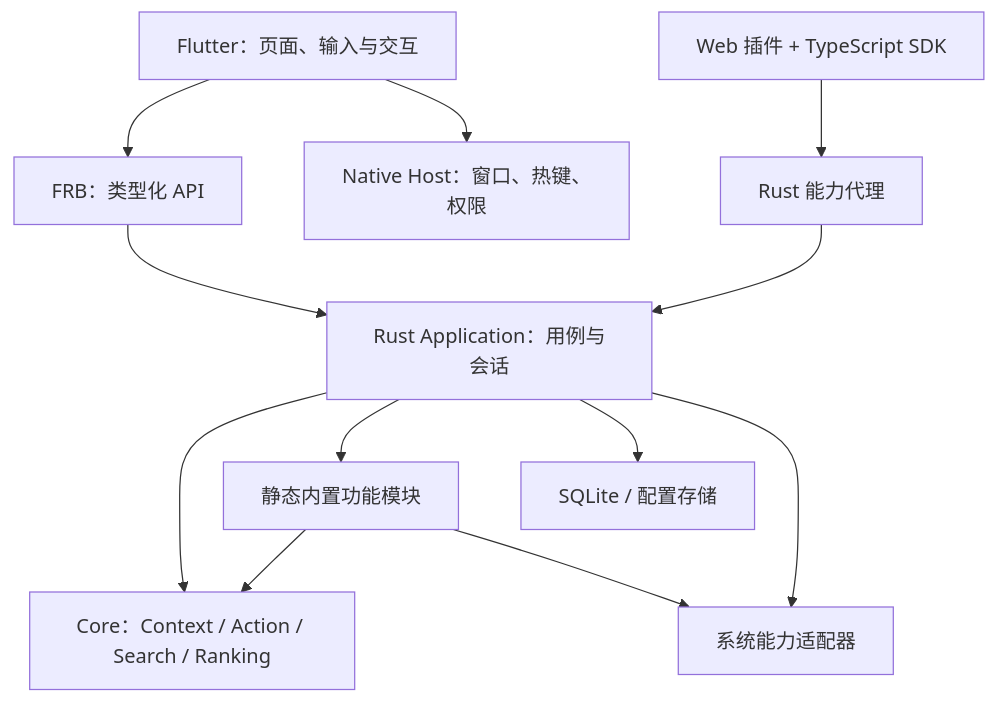
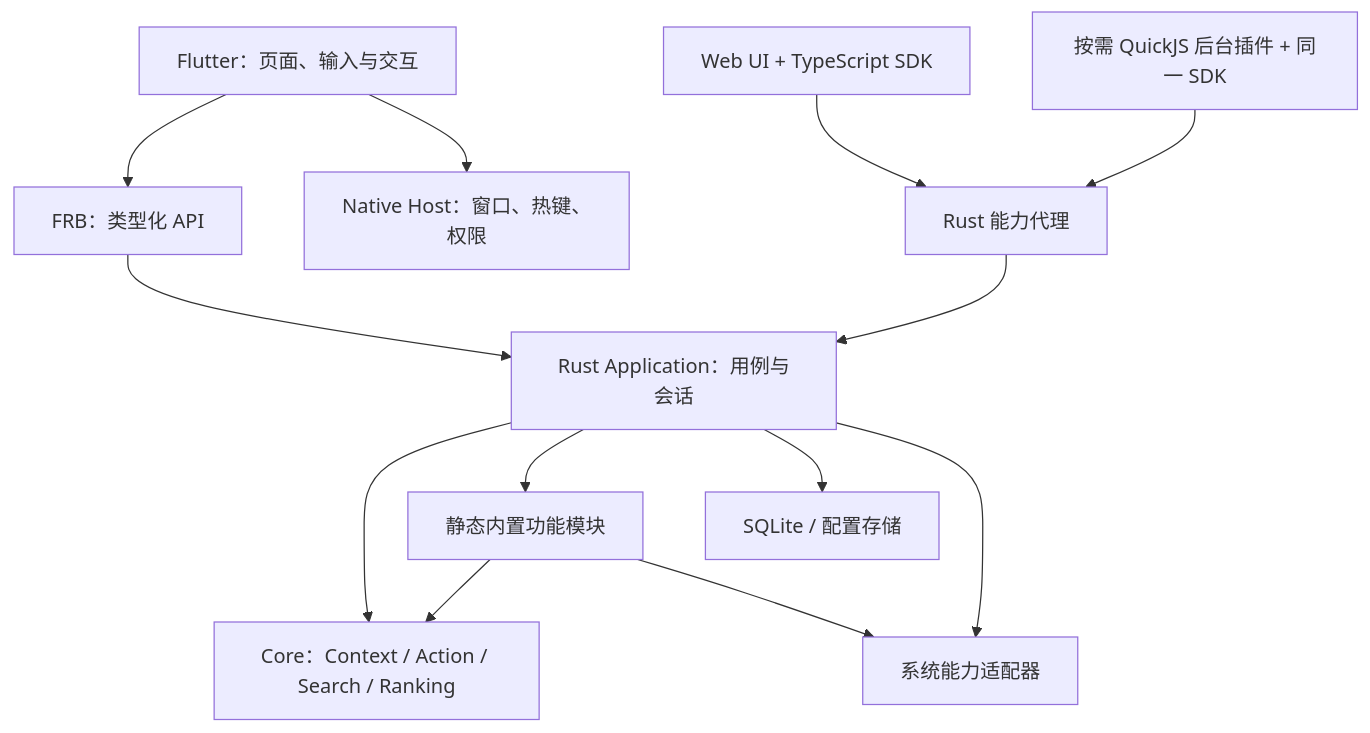
Before and after one commit to FantasyDream/Anywhere: the diagram in README.md, drawn with Mermaid. The commit also changed other lines of this file and 102 other files, not shown here.

Commit message:
Unify plugin SDK and add bounded QuickJS background runtimes

````diff
--- a/README.md
+++ b/README.md
@@ -56,14 +56,15 @@
 ```mermaid
 flowchart TD
     Flutter[Flutter：页面、输入与交互] --> Bridge[FRB：类型化 API]
     Flutter --> Host[Native Host：窗口、热键、权限]
     Bridge --> Application[Rust Application：用例与会话]
     Application --> Core[Core：Context / Action / Search / Ranking]
     Application --> Features[静态内置功能模块]
     Features --> Core
     Application --> Persistence[SQLite / 配置存储]
     Application --> Platform[系统能力适配器]
     Features --> Platform
-    Web[Web 插件 + TypeScript SDK] --> Broker[Rust 能力代理]
+    Web[Web UI + TypeScript SDK] --> Broker[Rust 能力代理]
+    Background[按需 QuickJS 后台插件 + 同一 SDK] --> Broker
     Broker --> Application
 ```
````
